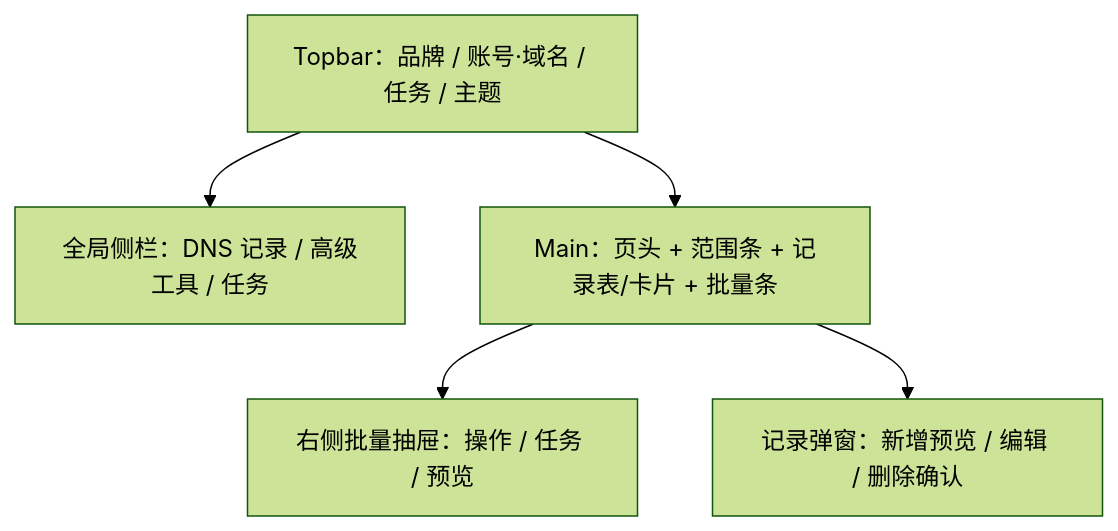
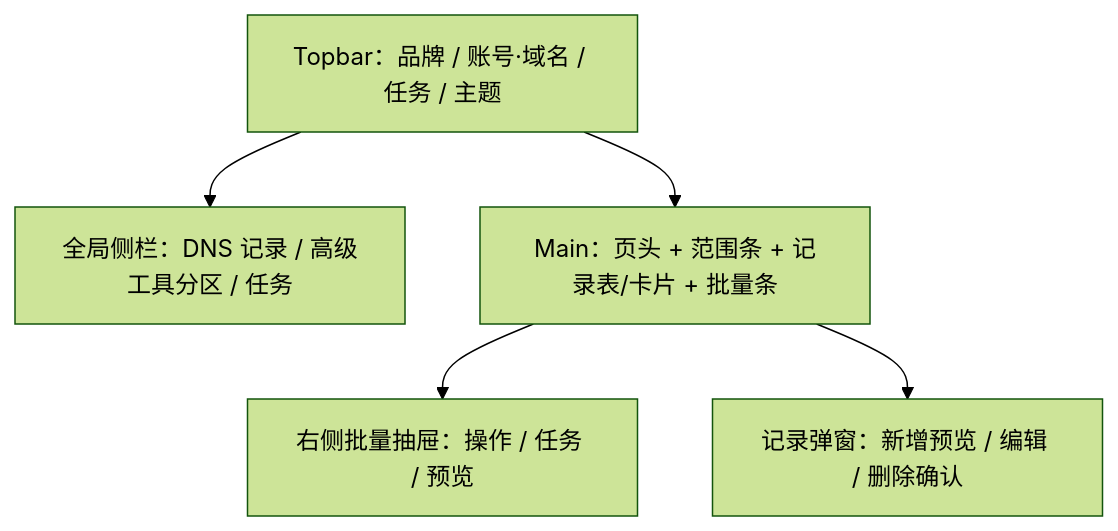
The diagram in wp/woocommerce/woo_df/pys/cf_api/webui/REDESIGN.md (xuchaoxin1375/scripts), drawn with Mermaid (forest theme) before and after one commit. The commit also changed other lines of this file and 51 other files, not shown here.

````diff
--- a/wp/woocommerce/woo_df/pys/cf_api/webui/REDESIGN.md
+++ b/wp/woocommerce/woo_df/pys/cf_api/webui/REDESIGN.md
@@ -74,12 +75,12 @@
 ```mermaid
 flowchart TB
   Topbar["Topbar：品牌 / 账号·域名 / 任务 / 主题"]
-  Sidebar["全局侧栏：DNS 记录 / 高级工具 / 任务"]
+  Sidebar["全局侧栏：DNS 记录 / 高级工具分区 / 任务"]
   Main["Main：页头 + 范围条 + 记录表/卡片 + 批量条"]
   Drawer["右侧批量抽屉：操作 / 任务 / 预览"]
   Modal["记录弹窗：新增预览 / 编辑 / 删除确认"]
   Topbar --> Sidebar
   Topbar --> Main
   Main --> Drawer
   Main --> Modal
 ```
````
